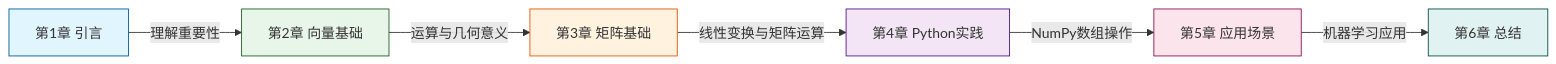
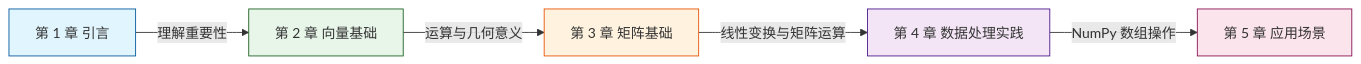
Before and after one commit to fenixsoft/ideaspaces: the diagram in articles/archive/2026-03-26-linear-algebra-vectors-matrices/draft/chapters/01-introduction.md, drawn with Mermaid. The commit also changed other lines of this file and 98 other files, not shown here.

````diff
--- a/articles/archive/2026-03-26-linear-algebra-vectors-matrices/draft/chapters/01-introduction.md
+++ b/articles/archive/2026-03-26-linear-algebra-vectors-matrices/draft/chapters/01-introduction.md
@@ -141,15 +96,19 @@
 ```mermaid
 graph LR
-    A[第1章 引言] -->|理解重要性| B[第2章 向量基础]
-    B -->|运算与几何意义| C[第3章 矩阵基础]
-    C -->|线性变换与矩阵运算| D[第4章 Python实践]
-    D -->|NumPy数组操作| E[第5章 应用场景]
-    E -->|机器学习应用| F[第6章 总结]
+    A[第 1 章 引言] -->|理解重要性| B[第 2 章 向量基础]
+    B -->|运算与几何意义| C[第 3 章 矩阵基础]
+    C -->|线性变换与矩阵运算| D[第 4 章 数据处理实践]
+    D -->|NumPy 数组操作| E[第 5 章 应用场景]
 
-    style A fill:#e1f5fe,stroke:#01579b
-    style B fill:#e8f5e9,stroke:#1b5e20
-    style C fill:#fff3e0,stroke:#e65100
-    style D fill:#f3e5f5,stroke:#4a148c
-    style E fill:#fce4ec,stroke:#880e4f
-    style F fill:#e0f2f1,stroke:#004d40
+    classDef styleA fill:#e1f5fe,stroke:#01579b
+    classDef styleB fill:#e8f5e9,stroke:#1b5e20
+    classDef styleC fill:#fff3e0,stroke:#e65100
+    classDef styleD fill:#f3e5f5,stroke:#4a148c
+    classDef styleE fill:#fce4ec,stroke:#880e4f
+
+    class A styleA
+    class B styleB
+    class C styleC
+    class D styleD
+    class E styleE
 ```
````
